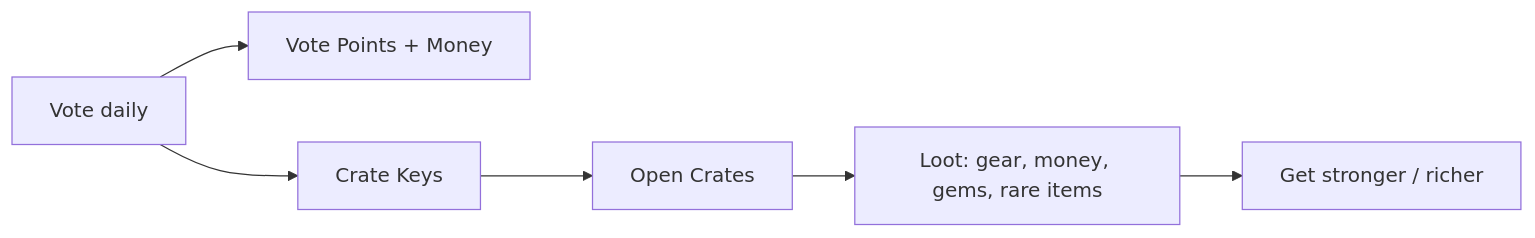
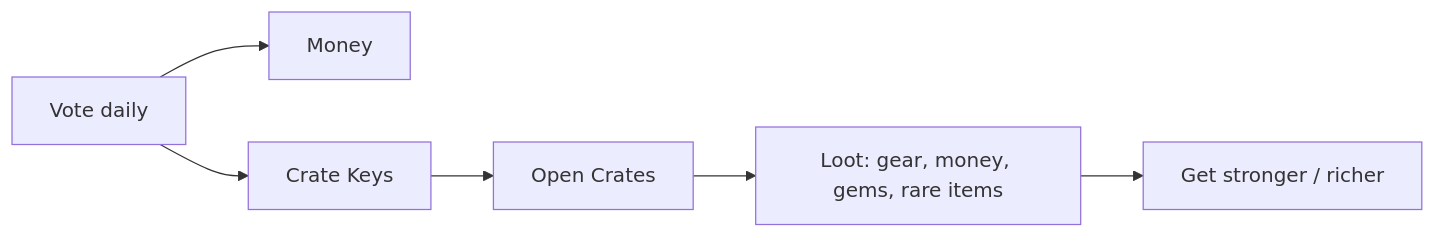
One commit to AntiS0ul/townify-docs changed the diagram in docs/rewards/index.md. Above: the diagram before and after it, drawn with Mermaid. The commit also changed other lines of this file and 33 other files, not shown here.

````diff
--- a/docs/rewards/index.md
+++ b/docs/rewards/index.md
@@ -23,8 +29,8 @@
 ```mermaid
 graph LR
-    V[Vote daily] --> P[Vote Points + Money]
+    V[Vote daily] --> P[Money]
     V --> K[Crate Keys]
     K --> C[Open Crates]
     C --> L[Loot: gear, money, gems, rare items]
     L --> G[Get stronger / richer]
 ```
````
